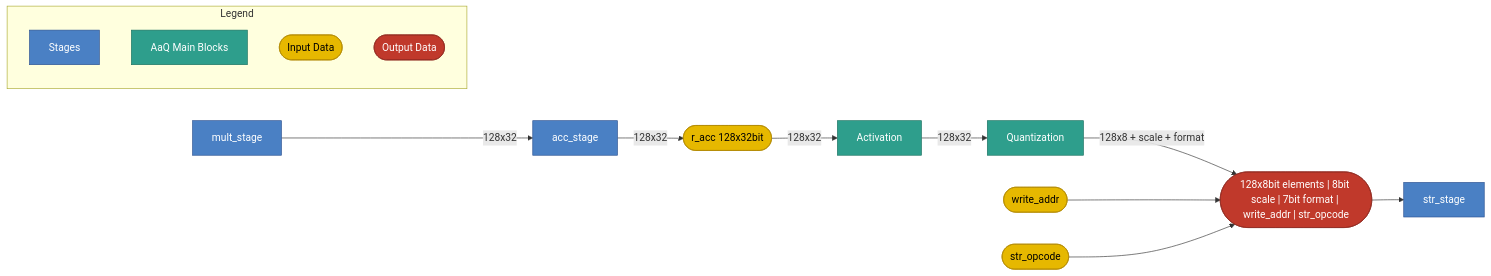
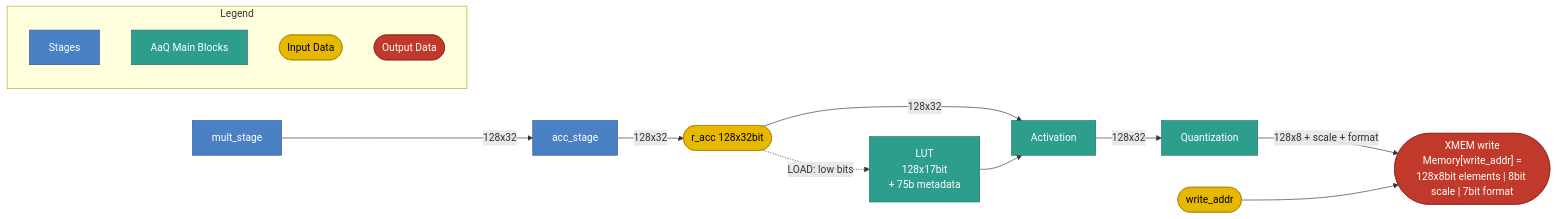
The diagram in docs/content/specs/stage-aaq-str.md (rechefe/ipu-emulator), drawn with Mermaid before and after one commit. The commit also changed other lines of this file and 2 other files, not shown here.

Commit message:
fix: update AaQ stage documentation to reflect correct naming

````diff
--- a/docs/content/specs/stage-aaq-str.md
+++ b/docs/content/specs/stage-aaq-str.md
@@ -19,33 +19,32 @@
 ```mermaid
 flowchart LR
     mult_stage:::blue
     acc_stage:::blue
-    str_stage:::blue
     ACC(["r_acc 128x32bit"]):::yellow
     WADDR(["write_addr"]):::yellow
-    STROP(["str_opcode"]):::yellow
-    OUT(["128x8bit elements | 8bit scale | 7bit format | write_addr | str_opcode"]):::red
+    XMEM(["XMEM write<br>Memory[write_addr] =<br>128x8bit elements | 8bit scale | 7bit format"]):::red
+    LUT["LUT<br>128x17bit<br>+ 75b metadata"]:::teal
     ACT["Activation"]:::teal
     QUANT["Quantization"]:::teal
 
     ACC -->|128x32| ACT
+    ACC -.->|LOAD: low bits| LUT
+    LUT --> ACT
     ACT -->|128x32| QUANT
-    QUANT -->|128x8 + scale + format| OUT
-    WADDR --> OUT
-    STROP --> OUT
-    OUT --> str_stage
+    QUANT -->|128x8 + scale + format| XMEM
+    WADDR --> XMEM
     mult_stage --> |128x32| acc_stage
     acc_stage --> |128x32| ACC
 
     subgraph LEGEND["Legend"]
         L_blue["Stages"]:::blue
         L_teal["AaQ Main Blocks"]:::teal
         L_yellow(["Input Data"]):::yellow
         L_red(["Output Data"]):::red
     end
 
     classDef blue fill:#4a80c4,stroke:#2a5090,color:#fff
     classDef teal fill:#2e9e8c,stroke:#1a7060,color:#fff
     classDef yellow fill:#e6b800,stroke:#b38a00,color:#000
     classDef red fill:#c0392b,stroke:#922b21,color:#fff
 ```
````
